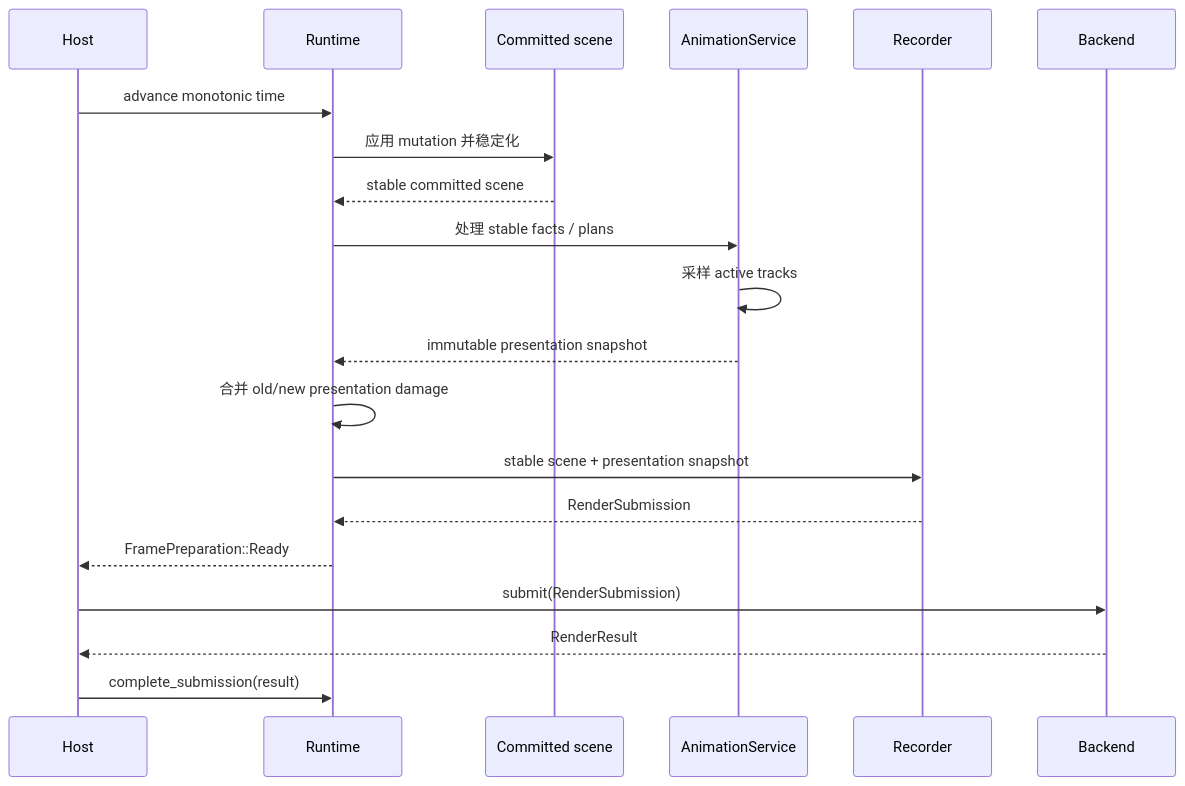
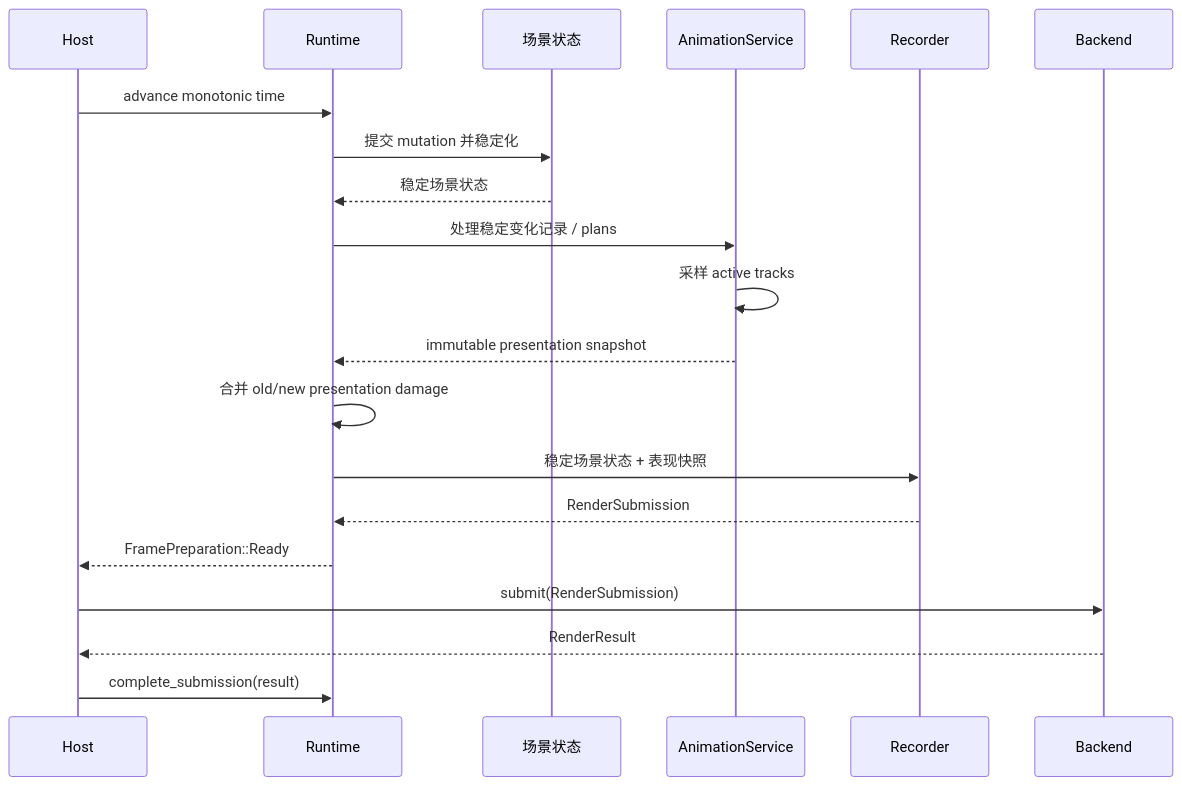
One commit to yezhang/novadraw changed the third of 3 diagrams in engine/wasm_rust/novadraw/book/internals/src/08-animation-and-presentation.md. Above: the diagram before and after it, drawn with Mermaid. The commit also changed other lines of this file and 26 other files, not shown here.

````diff
--- a/engine/wasm_rust/novadraw/book/internals/src/08-animation-and-presentation.md
+++ b/engine/wasm_rust/novadraw/book/internals/src/08-animation-and-presentation.md
@@ -188,23 +188,23 @@
 ```mermaid
 sequenceDiagram
     participant Host
     participant Runtime
-    participant Source as Committed scene
+    participant Scene as 场景状态
     participant Animation as AnimationService
     participant Recorder
     participant Backend
 
     Host->>Runtime: advance monotonic time
-    Runtime->>Source: 应用 mutation 并稳定化
-    Source-->>Runtime: stable committed scene
-    Runtime->>Animation: 处理 stable facts / plans
+    Runtime->>Scene: 提交 mutation 并稳定化
+    Scene-->>Runtime: 稳定场景状态
+    Runtime->>Animation: 处理稳定变化记录 / plans
     Animation->>Animation: 采样 active tracks
     Animation-->>Runtime: immutable presentation snapshot
     Runtime->>Runtime: 合并 old/new presentation damage
-    Runtime->>Recorder: stable scene + presentation snapshot
+    Runtime->>Recorder: 稳定场景状态 + 表现快照
     Recorder-->>Runtime: RenderSubmission
     Runtime-->>Host: FramePreparation::Ready
     Host->>Backend: submit(RenderSubmission)
     Backend-->>Host: RenderResult
     Host->>Runtime: complete_submission(result)
 ```
````
